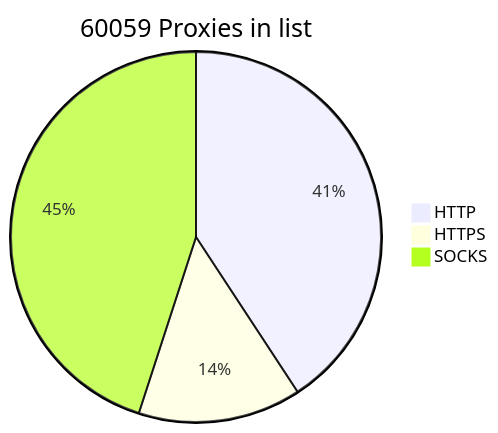
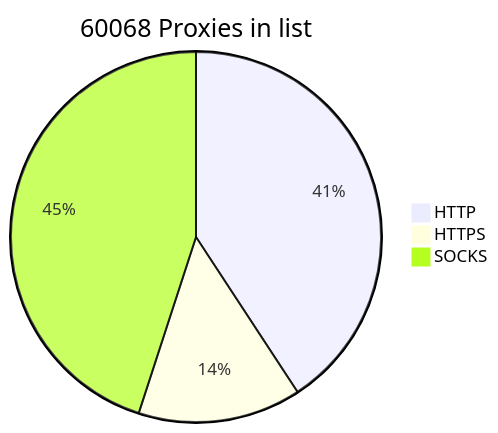
One commit to BlackSnowDot/proxylist-update-every-minute changed the diagram in README.md. Above: the diagram before and after it, drawn with Mermaid.

````diff
--- a/README.md
+++ b/README.md
@@ -2,6 +2,6 @@
 ```mermaid
-pie title 60059 Proxies in list
-    "HTTP" : 27689
-    "HTTPS": 9672
+pie title 60068 Proxies in list
+    "HTTP" : 27700
+    "HTTPS": 9674
     "SOCKS" : 30572
 ```
````
